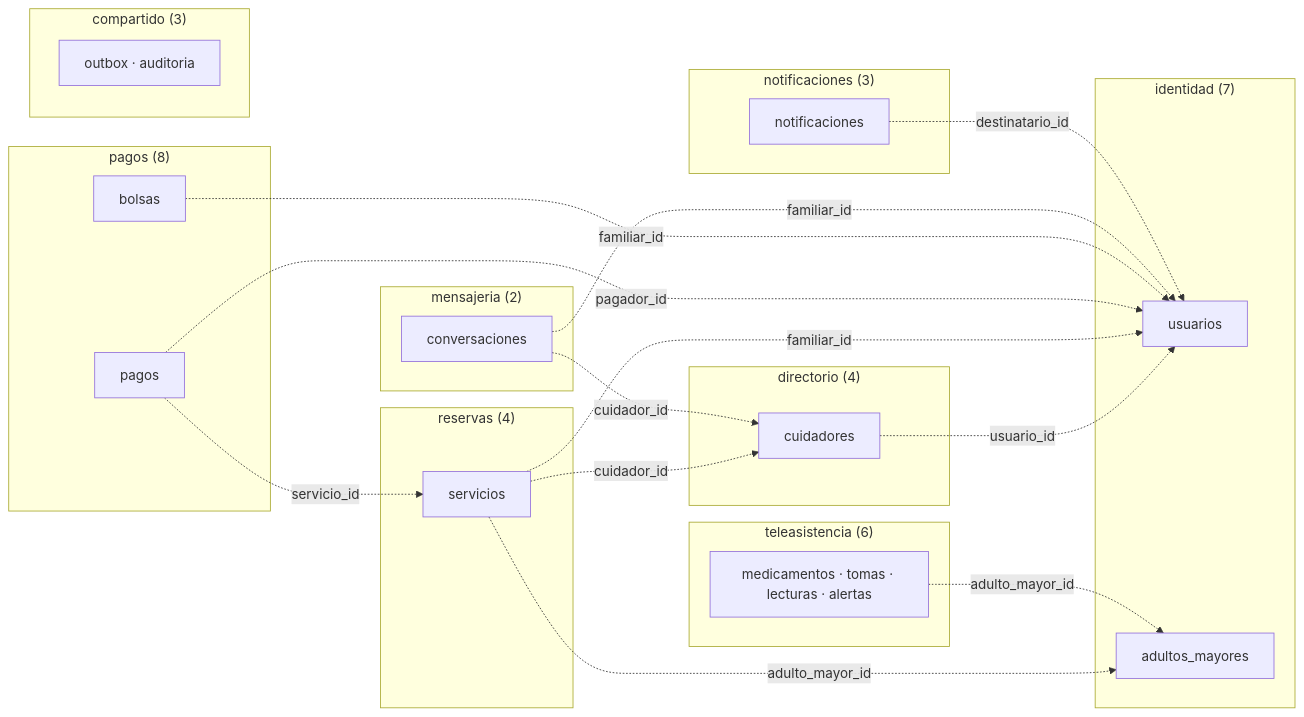
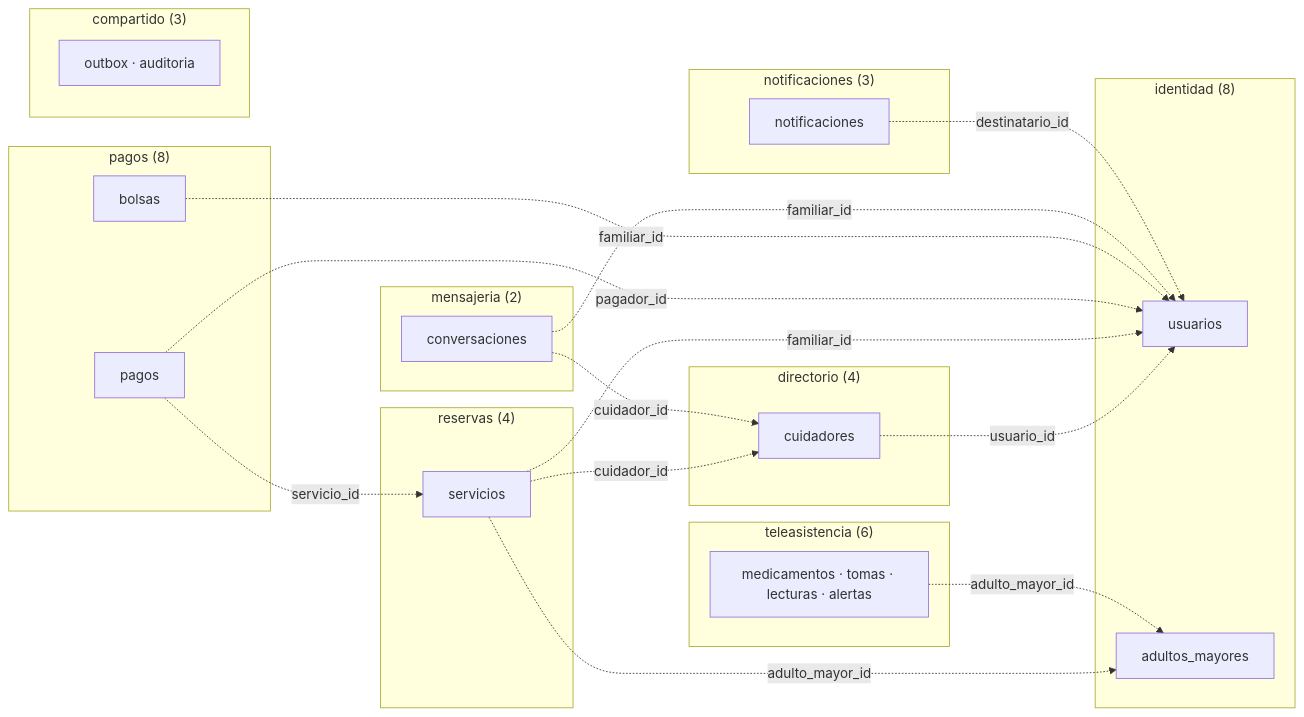
Before and after one commit to alejomj19971/SenioryApp: the first of 6 diagrams in docs/backend/BASE_DE_DATOS.md, drawn with Mermaid. The commit also changed other lines of this file and 44 other files, not shown here.

````diff
--- a/docs/backend/BASE_DE_DATOS.md
+++ b/docs/backend/BASE_DE_DATOS.md
@@ -30,41 +30,41 @@
 ```mermaid
 flowchart LR
-    subgraph identidad["identidad (7)"]
+    subgraph identidad["identidad (8)"]
         U[usuarios]
         AM[adultos_mayores]
     end
     subgraph directorio["directorio (4)"]
         C[cuidadores]
     end
     subgraph reservas["reservas (4)"]
         S[servicios]
     end
     subgraph pagos["pagos (8)"]
         P[pagos]
         B[bolsas]
     end
     subgraph teleasistencia["teleasistencia (6)"]
         T[medicamentos · tomas · lecturas · alertas]
     end
     subgraph mensajeria["mensajeria (2)"]
         CV[conversaciones]
     end
     subgraph notificaciones["notificaciones (3)"]
         N[notificaciones]
     end
     subgraph compartido["compartido (3)"]
         O[outbox · auditoria]
     end
 
     C -. usuario_id .-> U
     S -. familiar_id .-> U
     S -. adulto_mayor_id .-> AM
     S -. cuidador_id .-> C
     P -. servicio_id .-> S
     P -. pagador_id .-> U
     B -. familiar_id .-> U
     T -. adulto_mayor_id .-> AM
     CV -. familiar_id .-> U
     CV -. cuidador_id .-> C
     N -. destinatario_id .-> U
 ```
````
